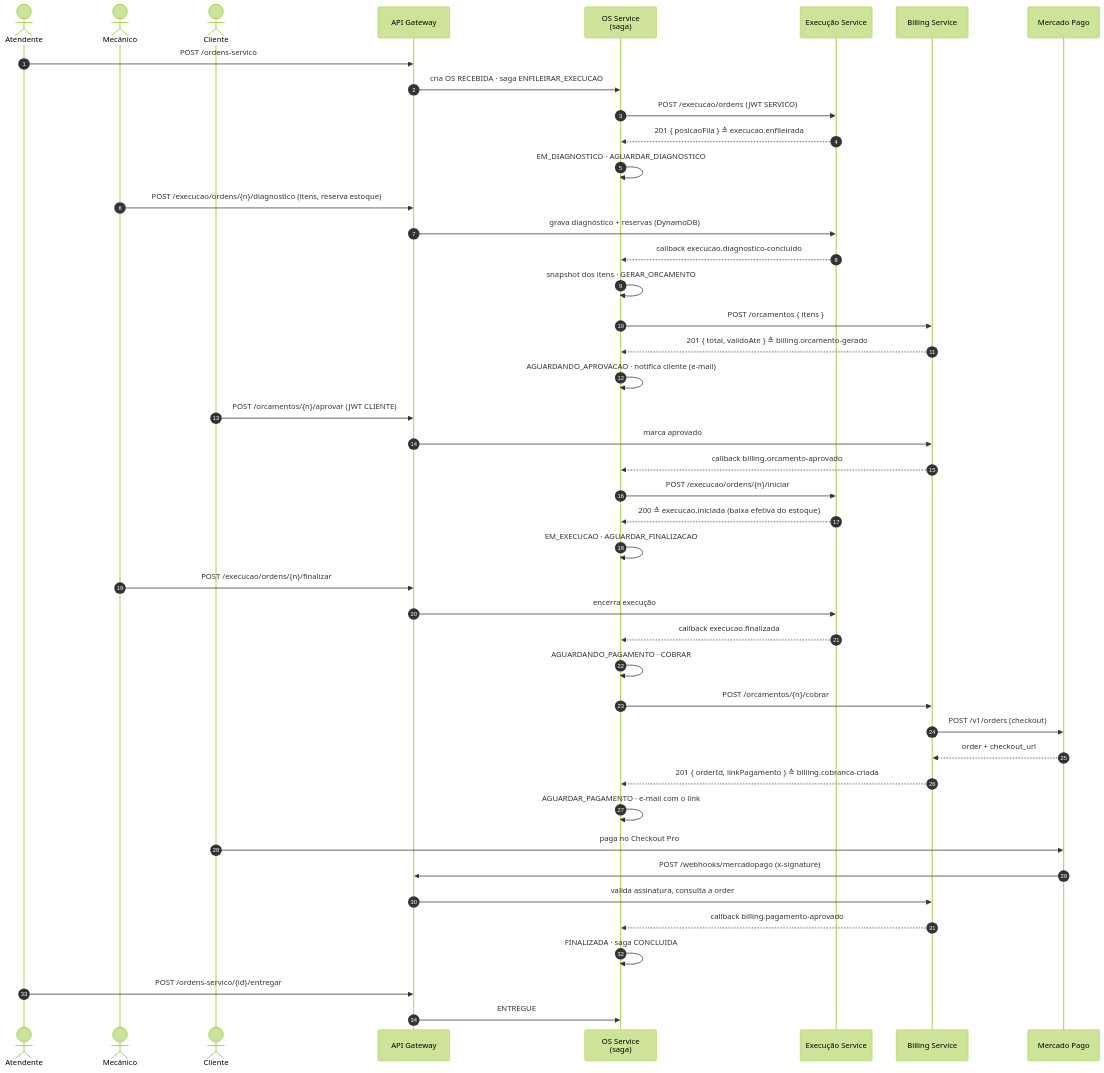
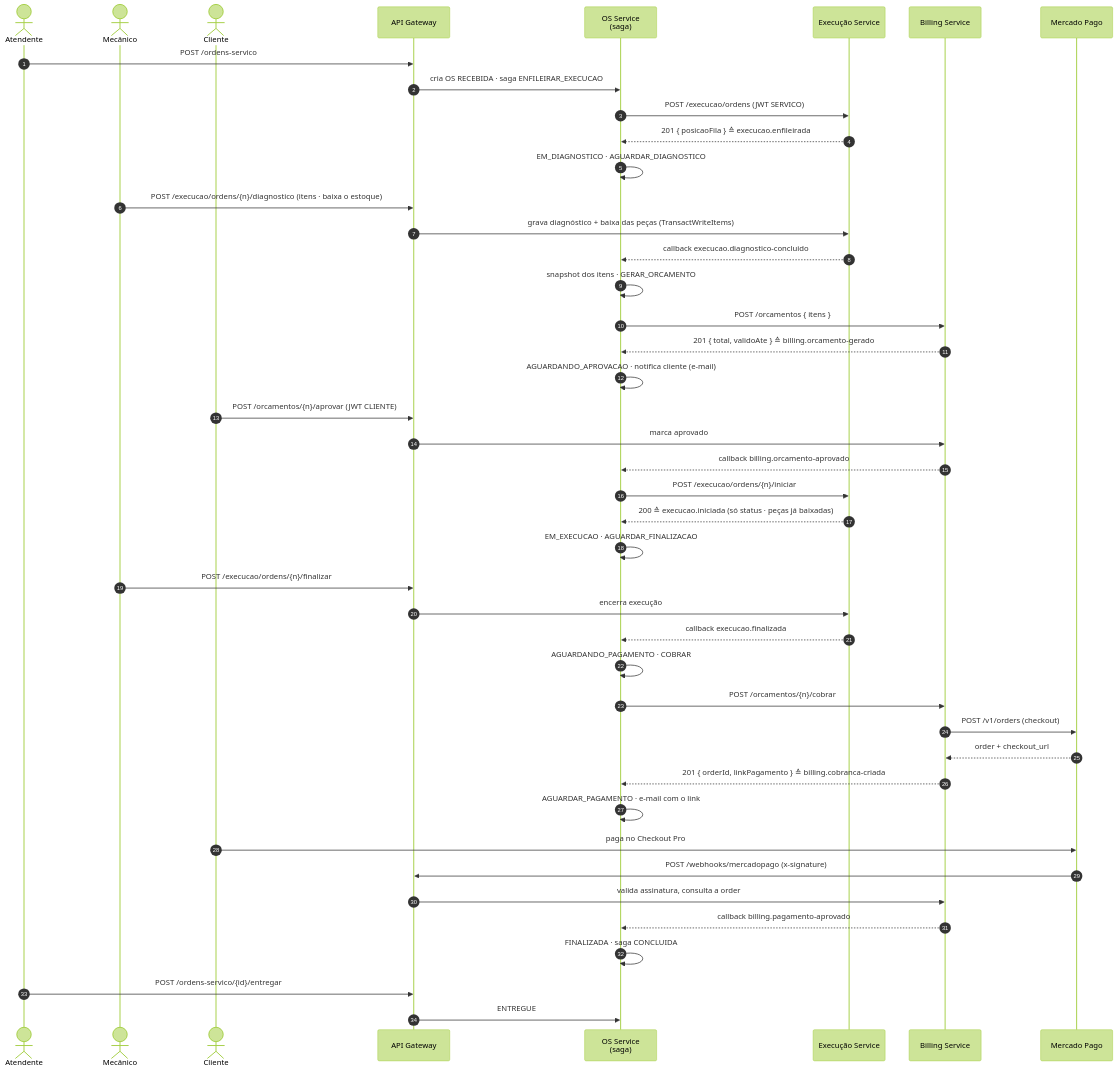
One commit to guilhermeqmaia/soat-fiap-oficina-os-service changed the fifth of 8 diagrams in docs/arquitetura/arquitetura-fase4.md. Above: the diagram before and after it, drawn with Mermaid (forest theme). The commit also changed other lines of this file and 12 other files, not shown here.

````diff
--- a/docs/arquitetura/arquitetura-fase4.md
+++ b/docs/arquitetura/arquitetura-fase4.md
@@ -245,52 +245,52 @@
 ```mermaid
 sequenceDiagram
     autonumber
     actor AT as Atendente
     actor ME as Mecânico
     actor CL as Cliente
     participant GW as API Gateway
     participant OS as OS Service<br/>(saga)
     participant EX as Execução Service
     participant BI as Billing Service
     participant MP as Mercado Pago
 
     AT->>GW: POST /ordens-servico
     GW->>OS: cria OS RECEBIDA · saga ENFILEIRAR_EXECUCAO
     OS->>EX: POST /execucao/ordens (JWT SERVICO)
     EX-->>OS: 201 { posicaoFila } ≙ execucao.enfileirada
     OS->>OS: EM_DIAGNOSTICO · AGUARDAR_DIAGNOSTICO
 
-    ME->>GW: POST /execucao/ordens/{n}/diagnostico (itens, reserva estoque)
-    GW->>EX: grava diagnóstico + reservas (DynamoDB)
+    ME->>GW: POST /execucao/ordens/{n}/diagnostico (itens · baixa o estoque)
+    GW->>EX: grava diagnóstico + baixa das peças (TransactWriteItems)
     EX-->>OS: callback execucao.diagnostico-concluido
     OS->>OS: snapshot dos itens · GERAR_ORCAMENTO
     OS->>BI: POST /orcamentos { itens }
     BI-->>OS: 201 { total, validoAte } ≙ billing.orcamento-gerado
     OS->>OS: AGUARDANDO_APROVACAO · notifica cliente (e-mail)
 
     CL->>GW: POST /orcamentos/{n}/aprovar (JWT CLIENTE)
     GW->>BI: marca aprovado
     BI-->>OS: callback billing.orcamento-aprovado
     OS->>EX: POST /execucao/ordens/{n}/iniciar
-    EX-->>OS: 200 ≙ execucao.iniciada (baixa efetiva do estoque)
+    EX-->>OS: 200 ≙ execucao.iniciada (só status · peças já baixadas)
     OS->>OS: EM_EXECUCAO · AGUARDAR_FINALIZACAO
 
     ME->>GW: POST /execucao/ordens/{n}/finalizar
     GW->>EX: encerra execução
     EX-->>OS: callback execucao.finalizada
     OS->>OS: AGUARDANDO_PAGAMENTO · COBRAR
     OS->>BI: POST /orcamentos/{n}/cobrar
     BI->>MP: POST /v1/orders (checkout)
     MP-->>BI: order + checkout_url
     BI-->>OS: 201 { orderId, linkPagamento } ≙ billing.cobranca-criada
     OS->>OS: AGUARDAR_PAGAMENTO · e-mail com o link
 
     CL->>MP: paga no Checkout Pro
     MP->>GW: POST /webhooks/mercadopago (x-signature)
     GW->>BI: valida assinatura, consulta a order
     BI-->>OS: callback billing.pagamento-aprovado
     OS->>OS: FINALIZADA · saga CONCLUIDA
 
     AT->>GW: POST /ordens-servico/{id}/entregar
     GW->>OS: ENTREGUE
 ```
````
